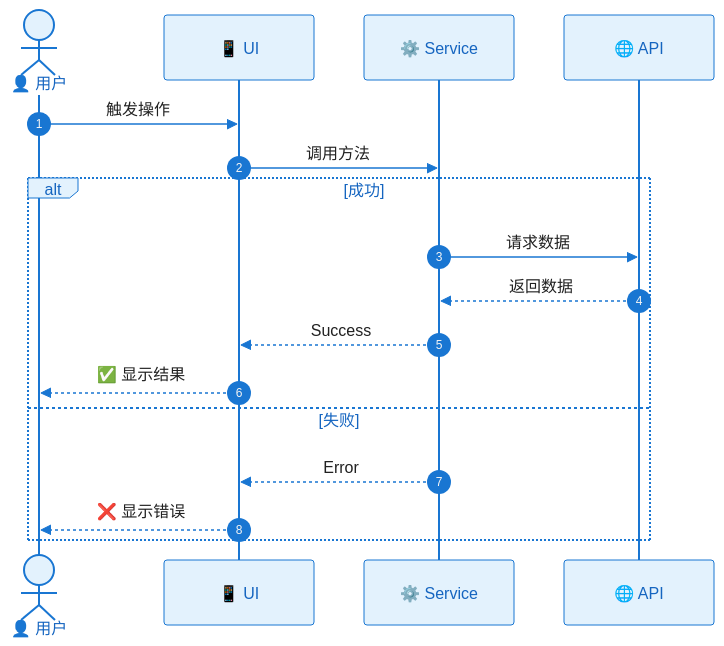
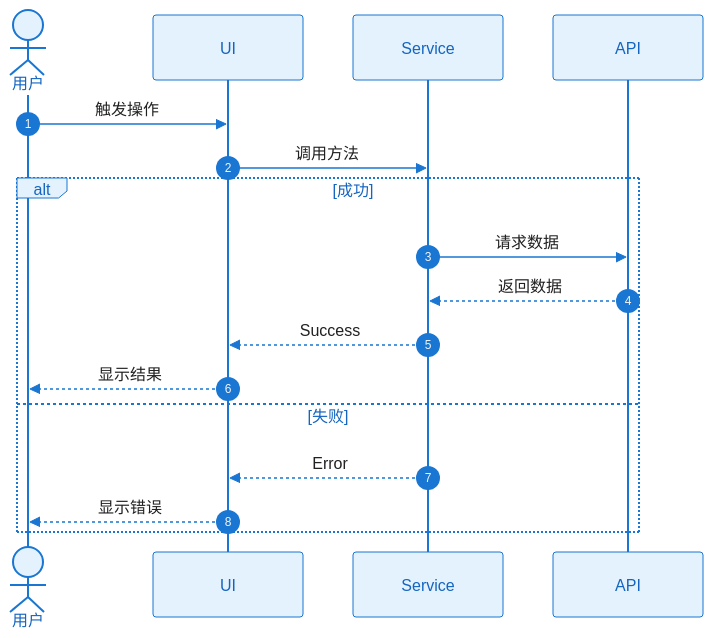
One commit to jackykarma/Verity changed the fourth of 5 diagrams in .cursor/rules/mermaid-style-guide.mdc. Above: the diagram before and after it, drawn with Mermaid. The commit also changed other lines of this file, not shown here.

Commit message:
移除mermaid使用emoji

````diff
--- a/.cursor/rules/mermaid-style-guide.mdc
+++ b/.cursor/rules/mermaid-style-guide.mdc
@@ -131,23 +131,23 @@
 ```mermaid
 %%{init: {'theme': 'base', 'themeVariables': { 'actorBkg': '#E3F2FD', 'actorBorder': '#1976D2', 'actorTextColor': '#1565C0', 'signalColor': '#1976D2', 'signalTextColor': '#212121', 'noteBkgColor': '#FFF8E1', 'noteBorderColor': '#FFC107'}}}%%
 sequenceDiagram
     autonumber
     
-    actor User as 👤 用户
-    participant UI as 📱 UI
-    participant Service as ⚙️ Service
-    participant API as 🌐 API
+    actor User as 用户
+    participant UI as UI
+    participant Service as Service
+    participant API as API
 
     User->>UI: 触发操作
     UI->>Service: 调用方法
     
     alt 成功
         Service->>API: 请求数据
         API-->>Service: 返回数据
         Service-->>UI: Success
-        UI-->>User: ✅ 显示结果
+        UI-->>User: 显示结果
     else 失败
         Service-->>UI: Error
-        UI-->>User: ❌ 显示错误
+        UI-->>User: 显示错误
     end
 ```
````
